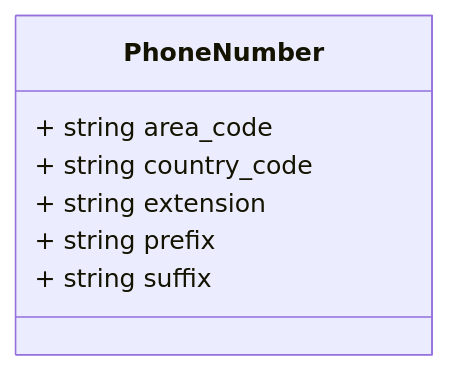
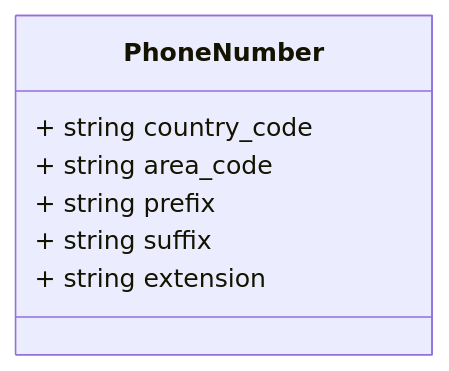
Before and after one commit to GoogleCloudPlatform/proto-gen-md-diagrams: the third of 5 diagrams in pkg/proto/data/test/location/model.proto.md, drawn with Mermaid. The commit also changed other lines of this file and 6 other files, not shown here.

````diff
--- a/pkg/proto/data/test/location/model.proto.md
+++ b/pkg/proto/data/test/location/model.proto.md
@@ -73,15 +132,15 @@
 ```mermaid
 classDiagram
 direction LR
 
 %% 
 
 class PhoneNumber {
+  + string country_code
   + string area_code
-  + string country_code
-  + string extension
   + string prefix
   + string suffix
+  + string extension
 }
 
 ```
````
